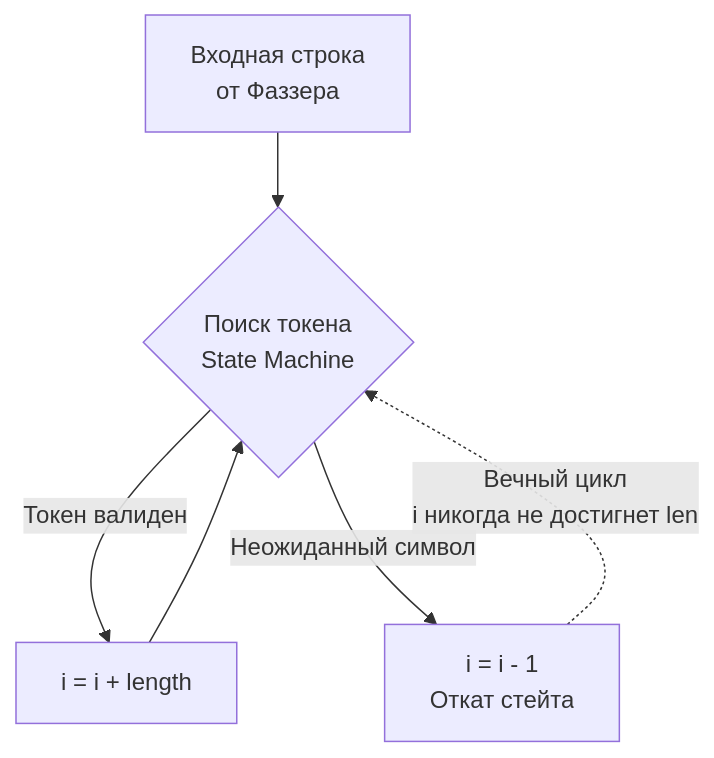
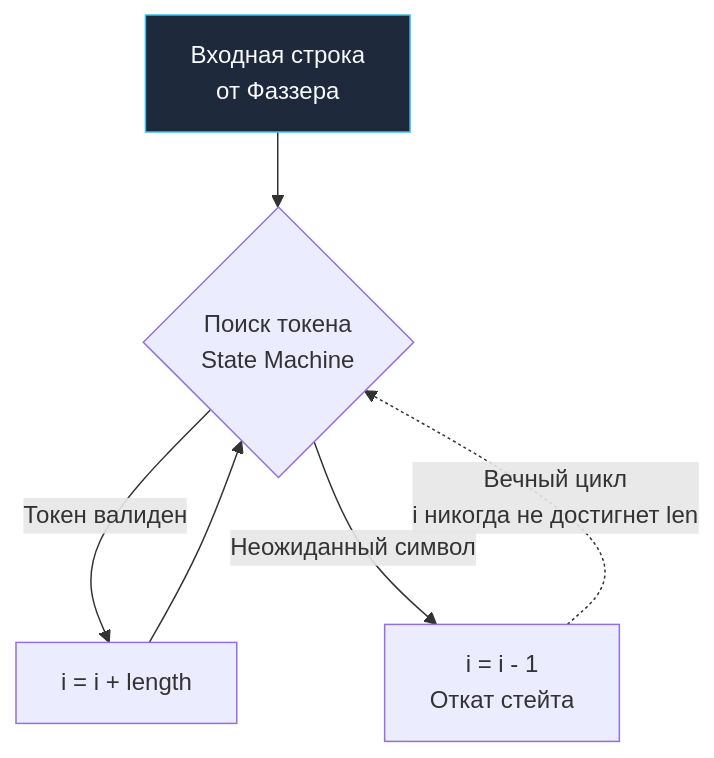
One commit to UnrealTemplier/go-textbook changed the diagram in sources/15. Тестирование в Go (QA & Testing)/08. Фаззинг/4. Найденные баги через fuzzing.md. Above: the diagram before and after it, drawn with Mermaid. The commit also changed 1666 other files, not shown here.

First line of the commit message:
feat(mermaid): add semantic color classDef to 1369 colorless flowchart/graph diagrams

````diff
--- a/sources/15. Тестирование в Go (QA & Testing)/08. Фаззинг/4. Найденные баги через fuzzing.md
+++ b/sources/15. Тестирование в Go (QA & Testing)/08. Фаззинг/4. Найденные баги через fuzzing.md
@@ -88,8 +88,18 @@
 ```mermaid
 flowchart TD
-    A["Входная строка<br>от Фаззера"] --> B{"Поиск токена<br>State Machine"}
+    classDef process  fill:#1e293b,stroke:#38bdf8,stroke-width:1px,color:#f8fafc
+    classDef success  fill:#064e3b,stroke:#34d399,stroke-width:1px,color:#f8fafc
+    classDef error    fill:#7f1d1d,stroke:#f87171,stroke-width:1px,color:#f8fafc
+    classDef warning  fill:#78350f,stroke:#fbbf24,stroke-width:1px,color:#f8fafc
+    classDef entry    fill:#1e3a5f,stroke:#38bdf8,stroke-width:2px,color:#f8fafc
+    classDef aux      fill:#334155,stroke:#64748b,stroke-width:1px,color:#f8fafc
+    classDef system   fill:#312e81,stroke:#a78bfa,stroke-width:1px,color:#f8fafc
+    classDef data     fill:#132d29,stroke:#2dd4bf,stroke-width:1px,color:#f8fafc
+    classDef network  fill:#881337,stroke:#fb7185,stroke-width:1px,color:#f8fafc
+    classDef accent   fill:#1e1b4b,stroke:#818cf8,stroke-width:1px,color:#f8fafc
+    A["Входная строка<br>от Фаззера"]:::process --> B{"Поиск токена<br>State Machine"}
     B -->|"Токен валиден"| C["i = i + length"]
     C --> B
     B -->|"Неожиданный символ"| D["i = i - 1<br>Откат стейта"]
     D -.->|"Вечный цикл<br>i никогда не достигнет len"| B
 ```
````
